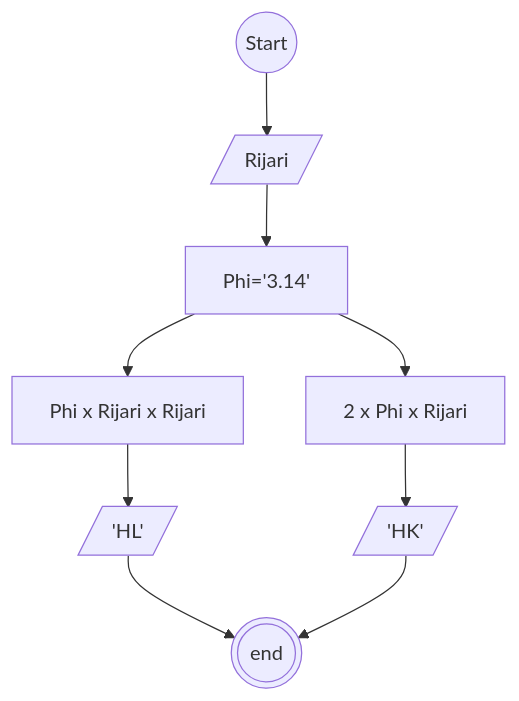
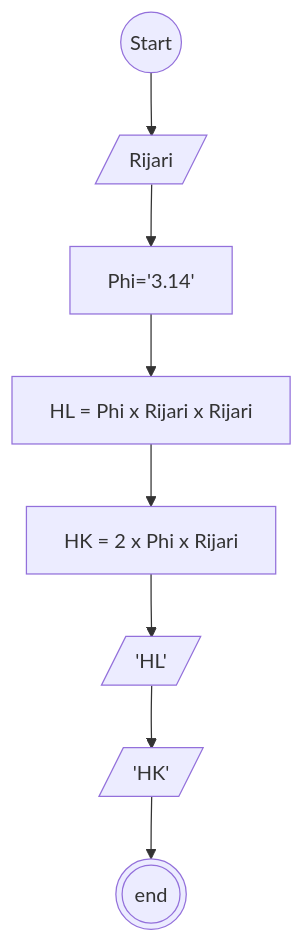
The diagram in luasKeliling.md (fatawaimamalmuftin/koda-b8-Algoritma), drawn with Mermaid before and after one commit.

Commit message:
Algoritma type penulisan : Flowchart
Case: membuat algoritma menghitung luas dan keliling lingkaran

````diff
--- a/luasKeliling.md
+++ b/luasKeliling.md
@@ -23,21 +23,20 @@
 ```mermaid
 flowchart TD
 mulai@{shape: circle, label: "Start"}
 Rijari@{ shape: lean-r, label: "Rijari" }
 Phi@{ shape: rect, label: "Phi='3.14'" }
-Luas@{shape: rect, label: "Phi x Rijari x Rijari"}
-Keliling@{shape: rect, label: "2 x Phi x Rijari"}
+Luas@{shape: rect, label: "HL = Phi x Rijari x Rijari"}
+Keliling@{shape: rect, label: "HK = 2 x Phi x Rijari"}
 HL@{ shape: lean-r, label: "'HL'" }
 HK@{ shape: lean-r, label: "'HK'" }
 selesai@{shape: doublecircle, label: "end"}
 
 mulai-->Rijari
 Rijari-->Phi
 Phi-->Luas
-Phi-->Keliling
-Luas-->HL
-Keliling-->HK
-HL-->selesai
+Luas-->Keliling
+Keliling-->HL
+HL-->HK
 HK-->selesai
 
 ```
````
